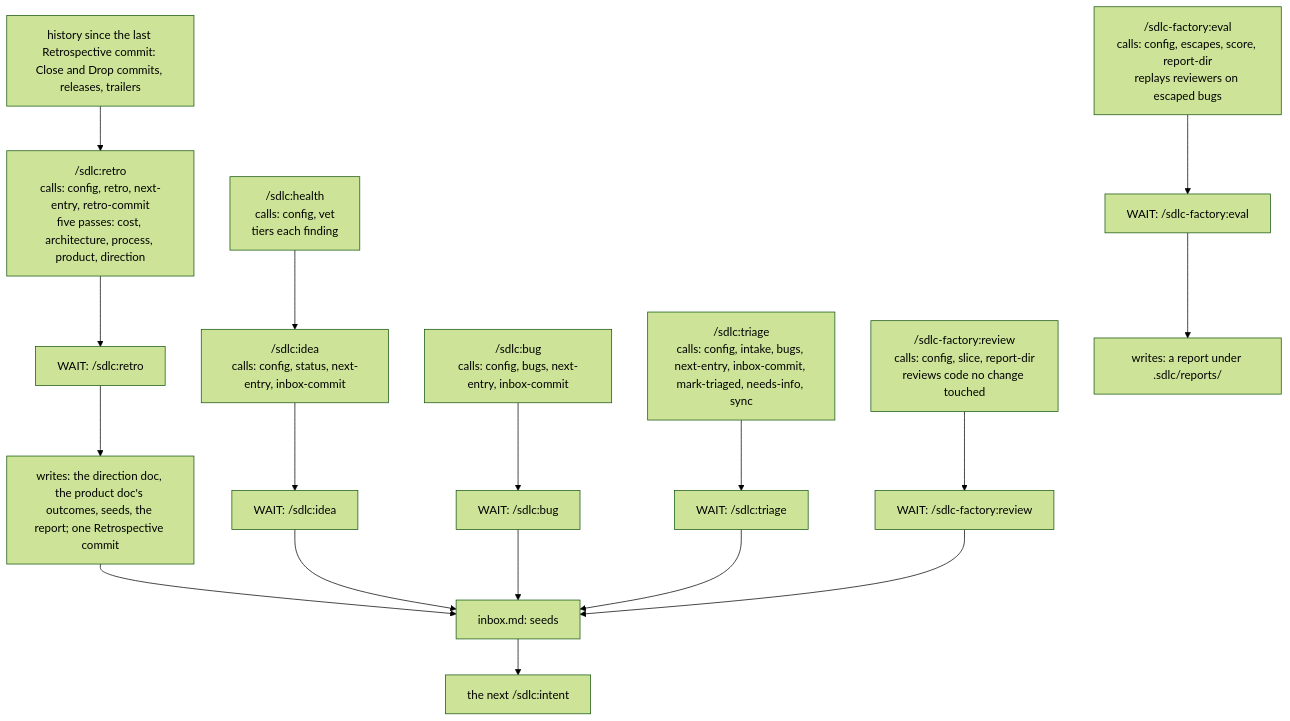
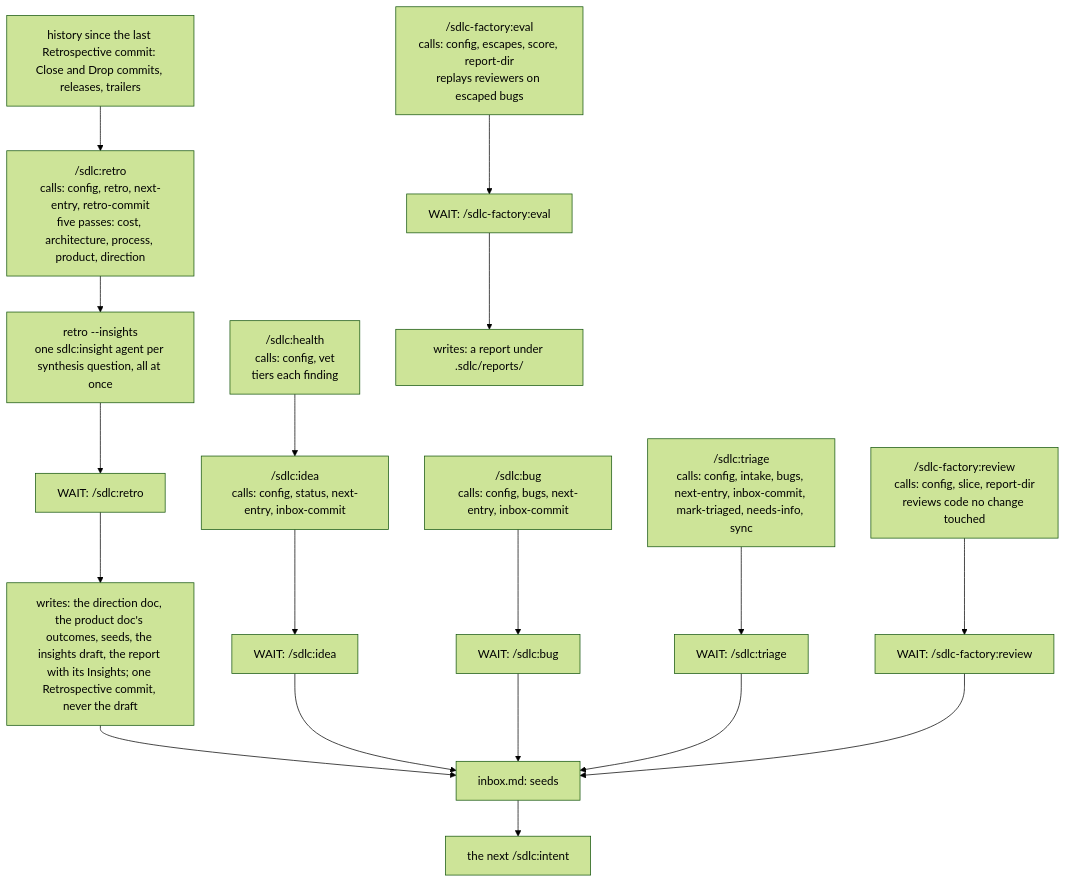
The third of 3 diagrams in docs/PROCESS.md (faeldon/sdlc), drawn with Mermaid (forest theme) before and after one commit. The commit also changed 50 other files, not shown here.

First line of the commit message:
The retrospective's report answers its own questions: the Insights section

````diff
--- a/docs/PROCESS.md
+++ b/docs/PROCESS.md
@@ -76,20 +76,21 @@
 ```mermaid
 flowchart TD
   history["history since the last Retrospective commit: Close and Drop commits, releases, trailers"] --> retro
   retro["/sdlc:retro<br/>calls: config, retro, next-entry, retro-commit<br/>five passes: cost, architecture, process, product, direction"]
-  retro --> wretro["WAIT: /sdlc:retro"]
-  wretro --> written["writes: the direction doc, the product doc's outcomes, seeds, the report; one Retrospective commit"]
+  retro --> insights["retro --insights<br/>one sdlc:insight agent per synthesis question, all at once"]
+  insights --> wretro["WAIT: /sdlc:retro"]
+  wretro --> written["writes: the direction doc, the product doc's outcomes, seeds, the insights draft, the report with its Insights; one Retrospective commit, never the draft"]
   health["/sdlc:health<br/>calls: config, vet<br/>tiers each finding"] --> idea
   idea["/sdlc:idea<br/>calls: config, status, next-entry, inbox-commit"] --> widea["WAIT: /sdlc:idea"]
   bug["/sdlc:bug<br/>calls: config, bugs, next-entry, inbox-commit"] --> wbug["WAIT: /sdlc:bug"]
   triage["/sdlc:triage<br/>calls: config, intake, bugs, next-entry, inbox-commit, mark-triaged, needs-info, sync"] --> wtriage["WAIT: /sdlc:triage"]
   feval["/sdlc-factory:eval<br/>calls: config, escapes, score, report-dir<br/>replays reviewers on escaped bugs"] --> wfeval["WAIT: /sdlc-factory:eval"]
   freview["/sdlc-factory:review<br/>calls: config, slice, report-dir<br/>reviews code no change touched"] --> wfreview["WAIT: /sdlc-factory:review"]
   written --> seeds["inbox.md: seeds"]
   widea --> seeds
   wbug --> seeds
   wtriage --> seeds
   wfreview --> seeds
   wfeval --> report["writes: a report under .sdlc/reports/"]
   seeds --> next["the next /sdlc:intent"]
 ```
````
